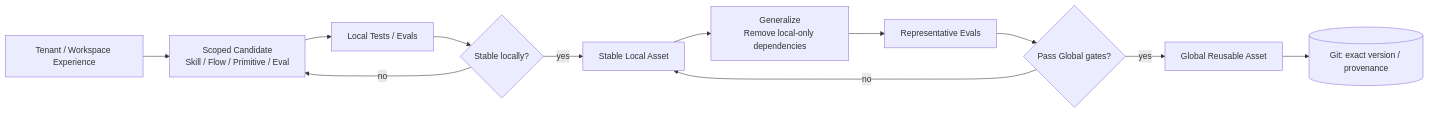
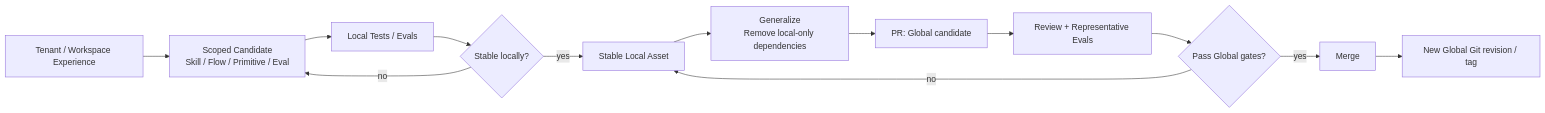
Before and after one commit to n0namer/skills-for-decision-making: the fourth of 7 diagrams in docs/architecture/README.md, drawn with Mermaid. The commit also changed other lines of this file, not shown here.

Commit message:
Simplify shared asset deployment in canonical C4

````diff
--- a/docs/architecture/README.md
+++ b/docs/architecture/README.md
@@ -146,15 +144,16 @@
 ```mermaid
 flowchart LR
     EXPERIENCE["Tenant / Workspace Experience"] --> LOCAL["Scoped Candidate\nSkill / Flow / Primitive / Eval"]
     LOCAL --> TEST["Local Tests / Evals"]
     TEST --> LOCALOK{"Stable locally?"}
     LOCALOK -->|"no"| LOCAL
     LOCALOK -->|"yes"| LSTABLE["Stable Local Asset"]
 
     LSTABLE --> GENERAL["Generalize\nRemove local-only dependencies"]
-    GENERAL --> GEVAL["Representative Evals"]
+    GENERAL --> PR["PR: Global candidate"]
+    PR --> GEVAL["Review + Representative Evals"]
     GEVAL --> GLOBALOK{"Pass Global gates?"}
     GLOBALOK -->|"no"| LSTABLE
-    GLOBALOK -->|"yes"| GSTABLE["Global Reusable Asset"]
-    GSTABLE --> GIT[("Git: exact version / provenance")]
+    GLOBALOK -->|"yes"| MERGE["Merge"]
+    MERGE --> GSTABLE["New Global Git revision / tag"]
 ```
````
